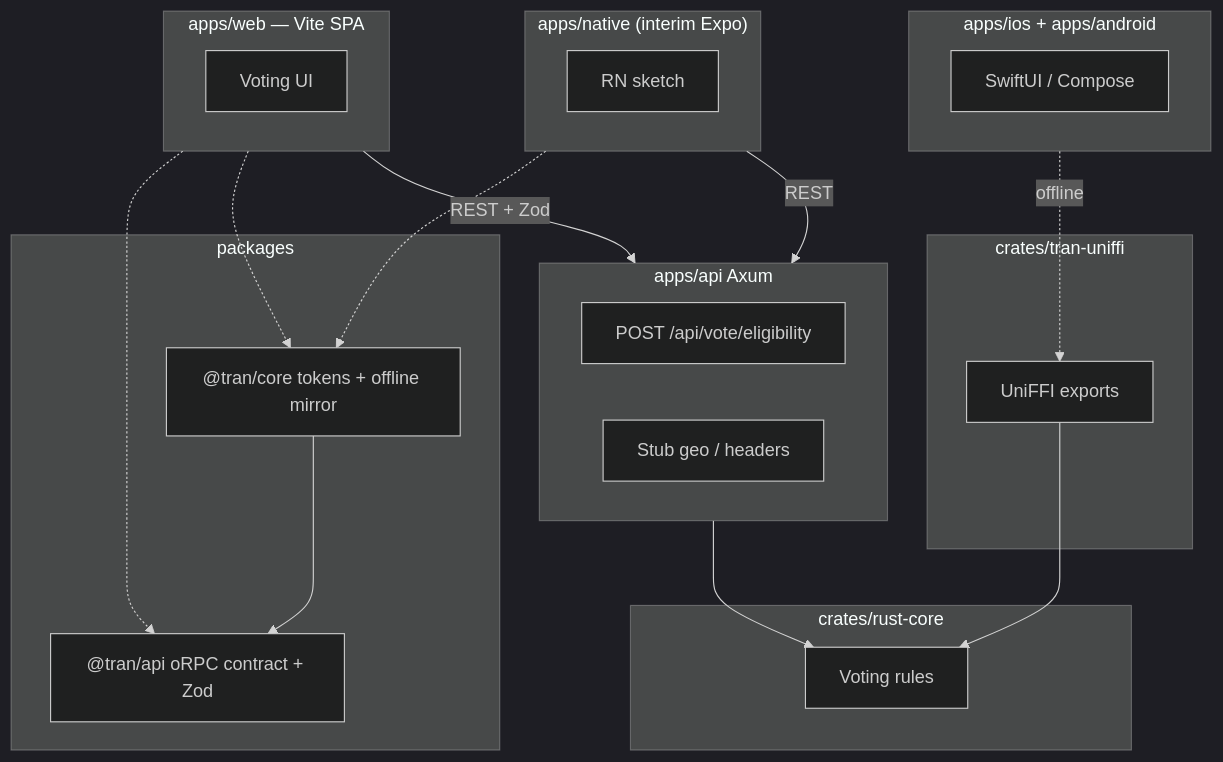
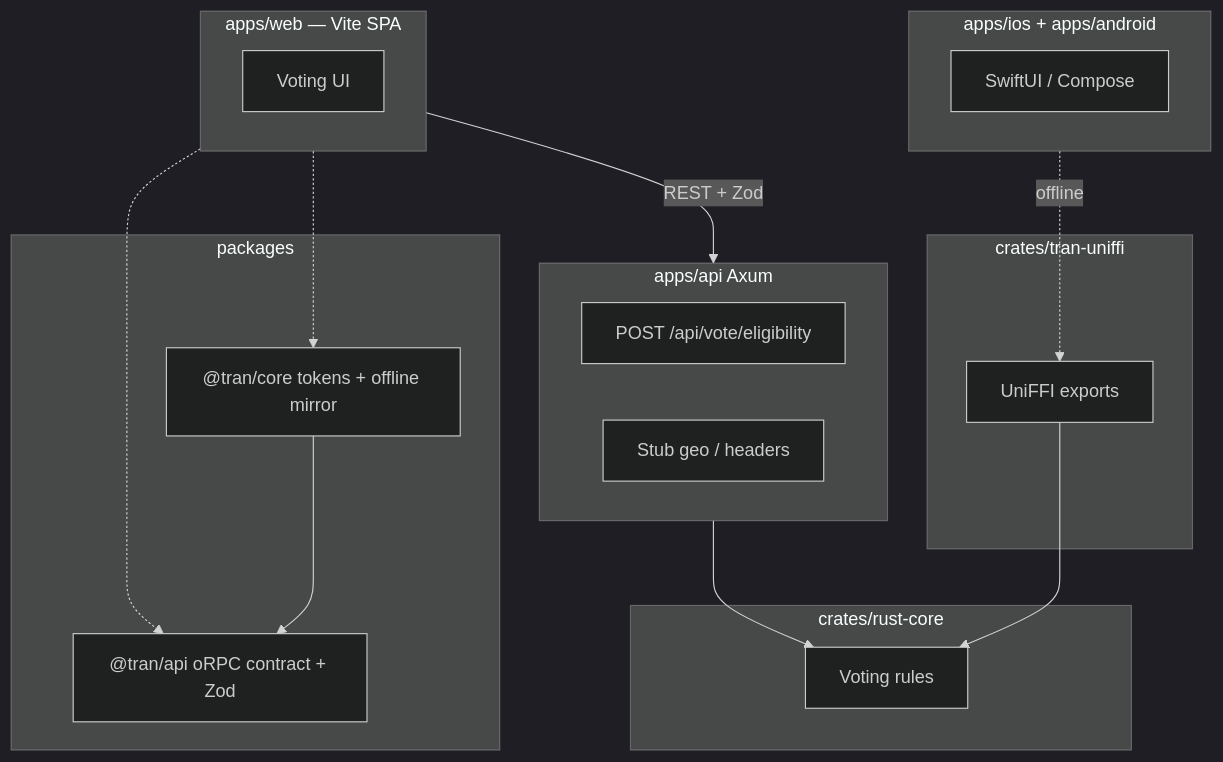
The diagram in README.md (bishalg/create-TRAN), drawn with Mermaid (dark theme) before and after one commit. The commit also changed other lines of this file and 56 other files, not shown here.

First line of the commit message:
chore: remove the legacy React Native sketch (tag archive/react-native-demo)

````diff
--- a/README.md
+++ b/README.md
@@ -96,36 +96,31 @@
 ```mermaid
 graph TD
     subgraph Web ["apps/web — Vite SPA"]
         WUI[Voting UI]
     end
     subgraph Mobile ["apps/ios + apps/android"]
         NUI[SwiftUI / Compose]
-    end
-    subgraph LegacyRN ["apps/native (interim Expo)"]
-        RNUI[RN sketch]
     end
     subgraph FFI ["crates/tran-uniffi"]
         UniFFI[UniFFI exports]
     end
     subgraph Backend ["apps/api Axum"]
         VoteRoute["POST /api/vote/eligibility"]
         Geo[Stub geo / headers]
     end
     subgraph Core ["crates/rust-core"]
         Rules[Voting rules]
     end
     subgraph Shared ["packages"]
         CoreTS["@tran/core tokens + offline mirror"]
         APIPkg["@tran/api oRPC contract + Zod"]
     end
 
     Web -->|REST + Zod| Backend
     Web -.-> CoreTS
-    LegacyRN -->|REST| Backend
-    LegacyRN -.-> CoreTS
     Mobile -.->|offline| UniFFI
     UniFFI --> Rules
     Backend --> Rules
     Web -.-> APIPkg
     CoreTS --> APIPkg
 ```
````
